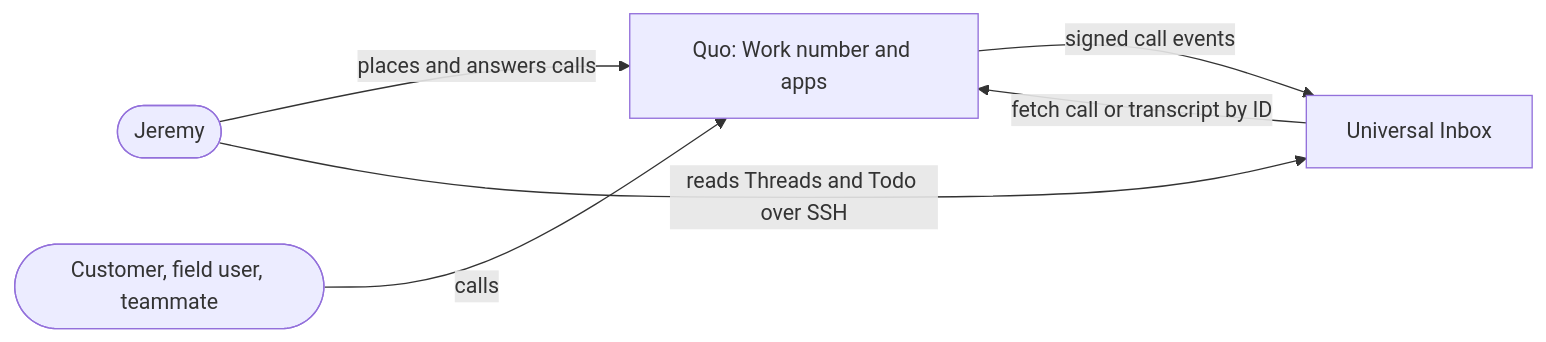
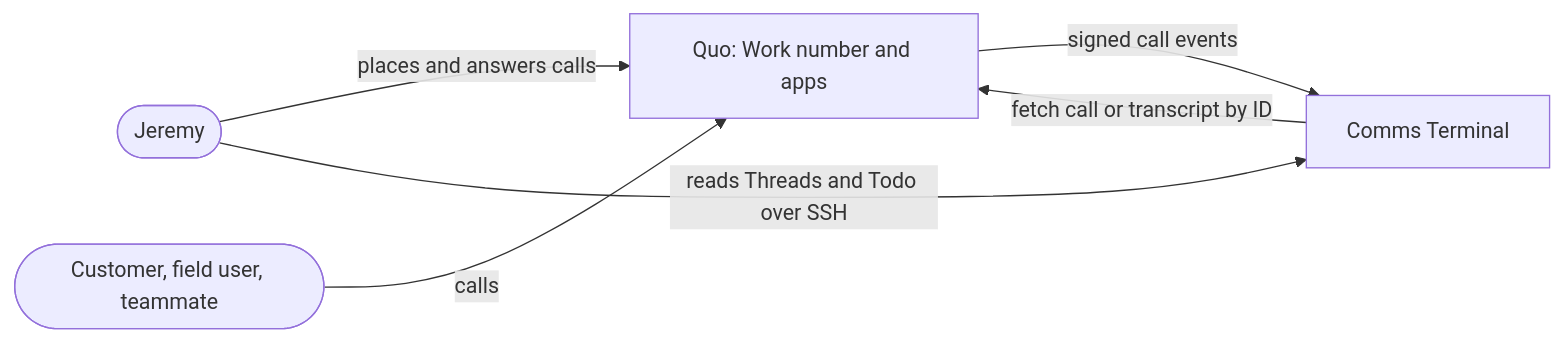
Before and after one commit to JMLegere/comms-terminal: the second of 4 diagrams in .agents/discovery/2026-10-15-phone-calls.md, drawn with Mermaid. The commit also changed other lines of this file and 181 other files, not shown here.

First line of the commit message:
Rename: Universal Inbox is now Comms Terminal

````diff
--- a/.agents/discovery/2026-10-15-phone-calls.md
+++ b/.agents/discovery/2026-10-15-phone-calls.md
@@ -233,8 +233,8 @@
 ```mermaid
 flowchart LR
   J([Jeremy]) -- "places and answers calls" --> Q[Quo: Work number and apps]
   P([Customer, field user, teammate]) -- calls --> Q
-  Q -- "signed call events" --> UI[Universal Inbox]
+  Q -- "signed call events" --> UI[Comms Terminal]
   UI -- "fetch call or transcript by ID" --> Q
   J -- "reads Threads and Todo over SSH" --> UI
 ```
````
